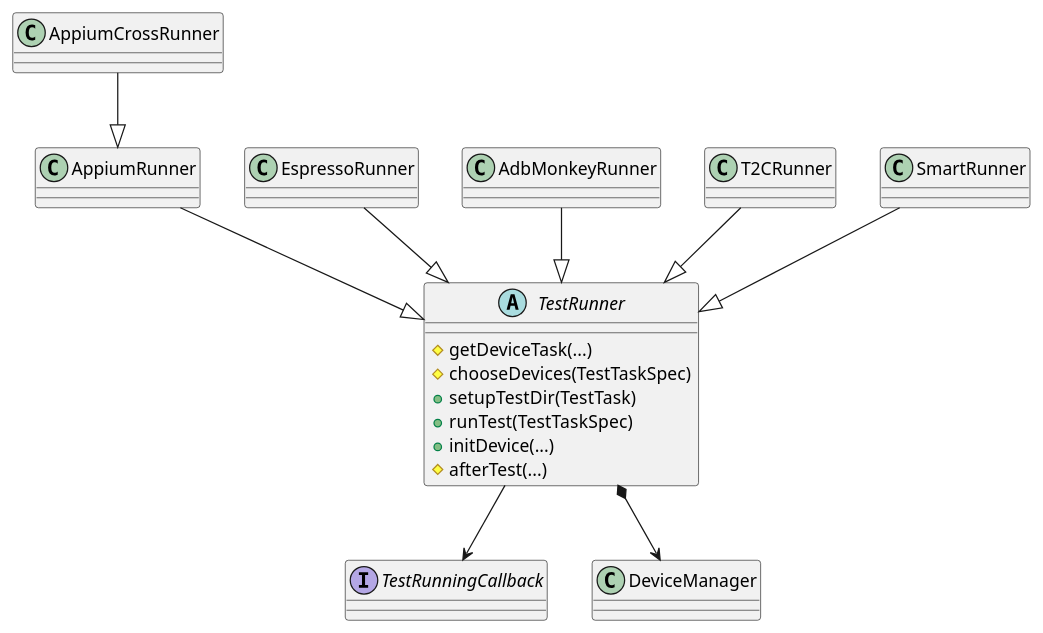
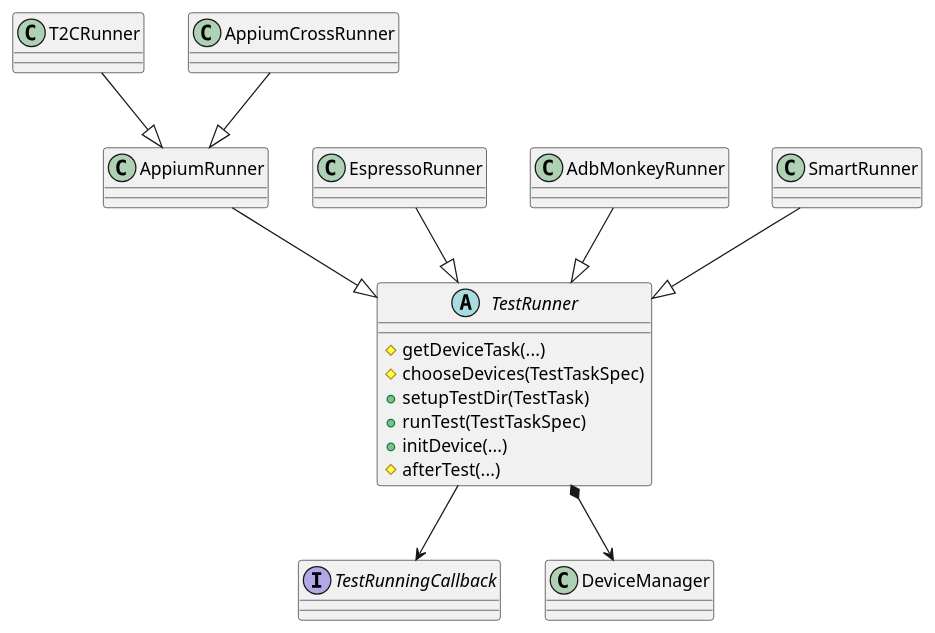
Before and after one commit to microsoft/HydraLab: the first of 6 diagrams in agent/doc/UML/test_runner_design.puml, drawn with PlantUML. The commit also changed other lines of this file and 16 other files, not shown here.

```diff
--- a/agent/doc/UML/test_runner_design.puml
+++ b/agent/doc/UML/test_runner_design.puml
@@ -1,23 +1,23 @@
 @startuml test_runners_classes
 abstract class TestRunner {
     #getDeviceTask(...)
     #chooseDevices(TestTaskSpec)
     +setupTestDir(TestTask)
     +runTest(TestTaskSpec)
     +initDevice(...)
     #afterTest(...)
 }
 interface TestRunningCallback
 
 AppiumRunner --|> TestRunner
 EspressoRunner --|> TestRunner
 AdbMonkeyRunner --|> TestRunner
-T2CRunner --|> TestRunner
+T2CRunner --|> AppiumRunner
 SmartRunner --|> TestRunner
 
 TestRunner --> TestRunningCallback
 
 TestRunner *--> DeviceManager
 
 AppiumCrossRunner --|> AppiumRunner
 @enduml
```
